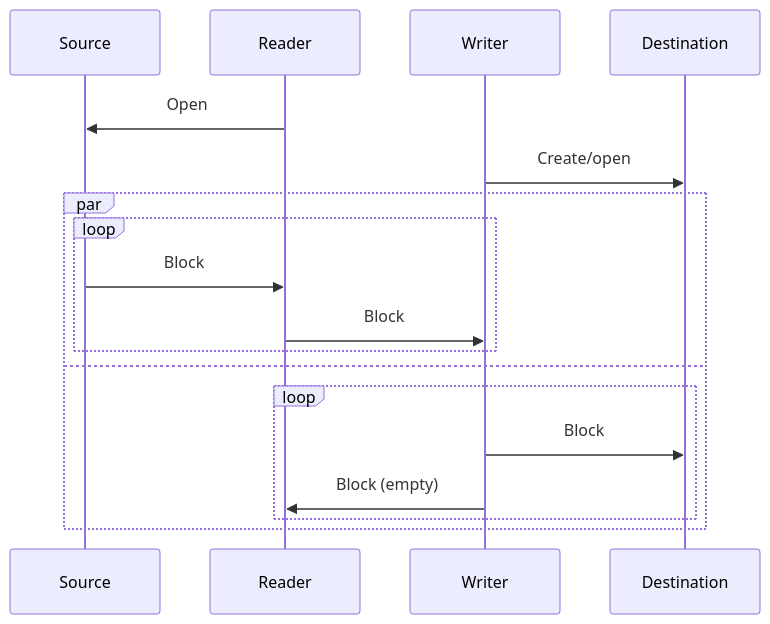
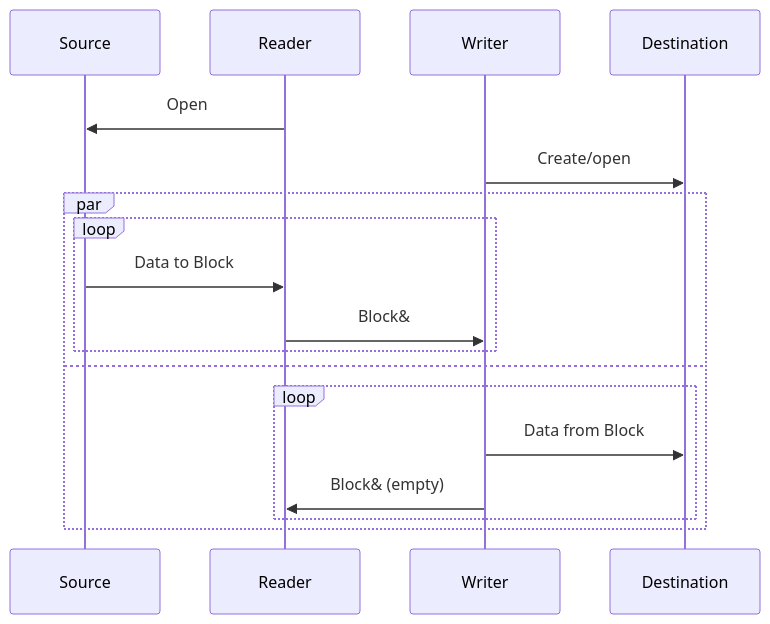
Before and after one commit to tintera/MultiCopy: the first of 6 diagrams in README.md, drawn with Mermaid. The commit also changed other lines of this file and 15 other files, not shown here.

````diff
--- a/README.md
+++ b/README.md
@@ -8,21 +8,21 @@
 ```mermaid
 sequenceDiagram
     participant Src as Source
     participant Rd as Reader
     participant Wt as Writer
     participant Dest as Destination
     
     Rd ->> Src : Open
     Wt ->> Dest : Create/open
     par
         loop
-            Src ->> Rd : Block
-            Rd ->> Wt : Block
+            Src ->> Rd : Data to Block
+            Rd ->> Wt : Block&
         end
     and
         loop
-            Wt ->> Dest : Block
-            Wt ->> Rd : Block (empty)
+            Wt ->> Dest : Data from Block
+            Wt ->> Rd : Block& (empty)
         end
     end
 ```
````
